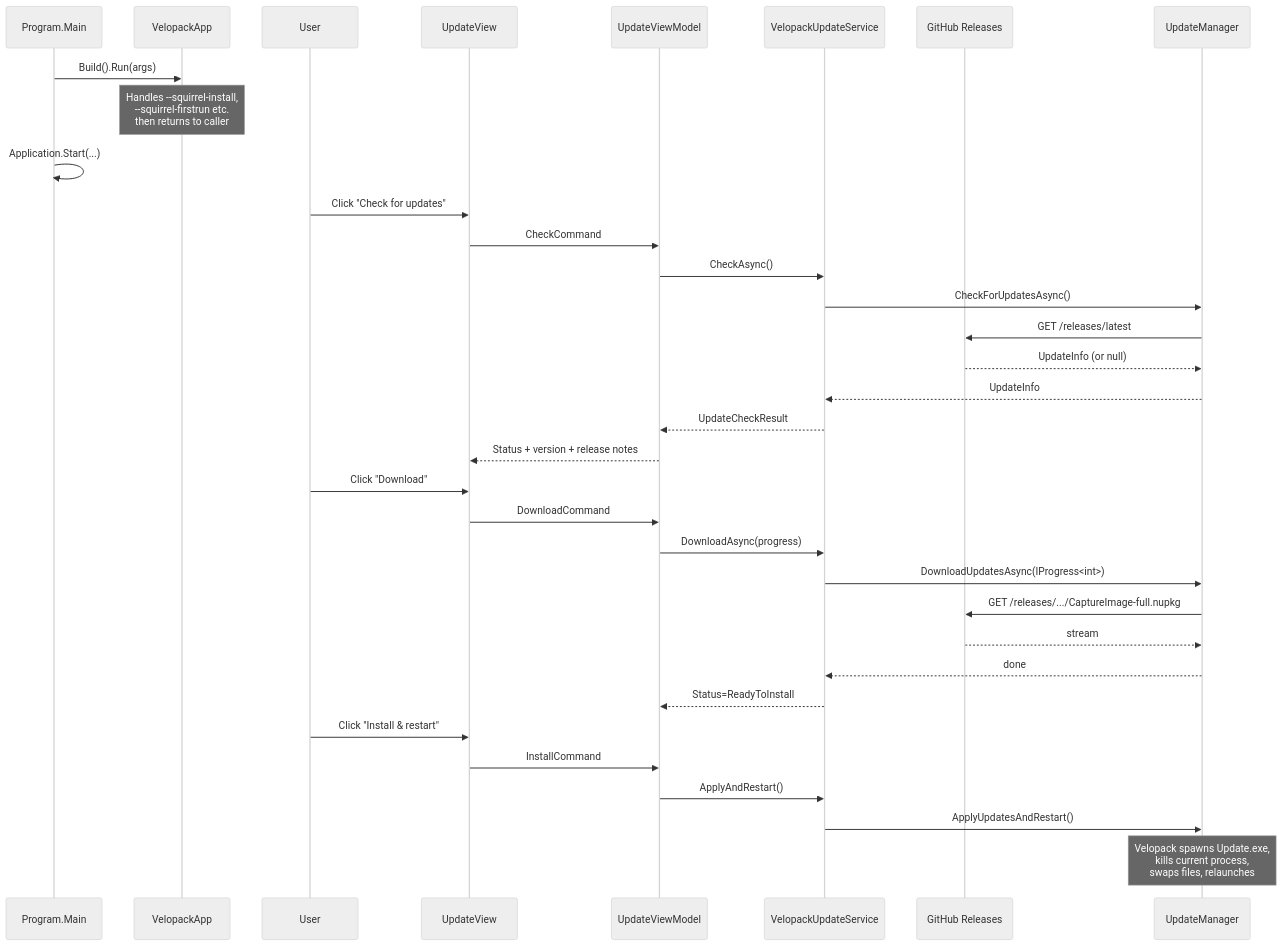
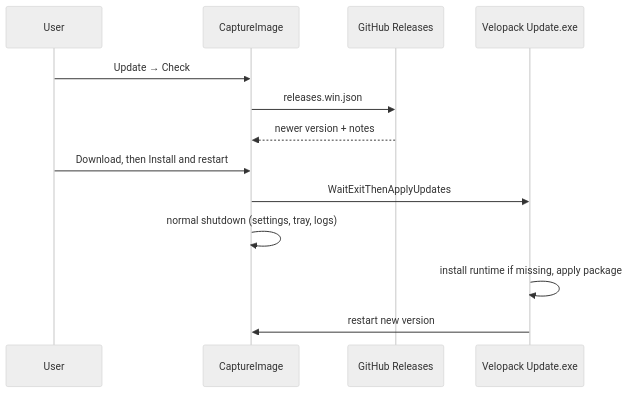
The fourth of 4 diagrams in docs/ARCHITECTURE.md (poli0981/captureimg), drawn with Mermaid (neutral theme) before and after one commit. The commit also changed other lines of this file and 382 other files, not shown here.

First line of the commit message:
feat!: CaptureImage 2.0 — WPF UI, per-mode hotkeys, multi-monitor, HDR, library, game profiles (#22)

````diff
--- a/docs/ARCHITECTURE.md
+++ b/docs/ARCHITECTURE.md
@@ -293,40 +171,15 @@
 ```mermaid
 sequenceDiagram
-  participant Main as Program.Main
-  participant Velo as VelopackApp
-  participant User
-  participant UI as UpdateView
-  participant VM as UpdateViewModel
-  participant Svc as VelopackUpdateService
-  participant GH as GitHub Releases
-  participant Mgr as UpdateManager
-
-  Main->>Velo: Build().Run(args)
-  Note over Velo: Handles --squirrel-install,<br/>--squirrel-firstrun etc.<br/>then returns to caller
-  Main->>Main: Application.Start(...)
-
-  User->>UI: Click "Check for updates"
-  UI->>VM: CheckCommand
-  VM->>Svc: CheckAsync()
-  Svc->>Mgr: CheckForUpdatesAsync()
-  Mgr->>GH: GET /releases/latest
-  GH-->>Mgr: UpdateInfo (or null)
-  Mgr-->>Svc: UpdateInfo
-  Svc-->>VM: UpdateCheckResult
-  VM-->>UI: Status + version + release notes
-
-  User->>UI: Click "Download"
-  UI->>VM: DownloadCommand
-  VM->>Svc: DownloadAsync(progress)
-  Svc->>Mgr: DownloadUpdatesAsync(IProgress<int>)
-  Mgr->>GH: GET /releases/.../CaptureImage-full.nupkg
-  GH-->>Mgr: stream
-  Mgr-->>Svc: done
-  Svc-->>VM: Status=ReadyToInstall
-
-  User->>UI: Click "Install & restart"
-  UI->>VM: InstallCommand
-  VM->>Svc: ApplyAndRestart()
-  Svc->>Mgr: ApplyUpdatesAndRestart()
-  Note over Mgr: Velopack spawns Update.exe,<br/>kills current process,<br/>swaps files, relaunches
+    participant User
+    participant App as CaptureImage
+    participant GH as GitHub Releases
+    participant Up as Velopack Update.exe
+    User->>App: Update → Check
+    App->>GH: releases.win.json
+    GH-->>App: newer version + notes
+    User->>App: Download, then Install and restart
+    App->>Up: WaitExitThenApplyUpdates
+    App->>App: normal shutdown (settings, tray, logs)
+    Up->>Up: install runtime if missing, apply package
+    Up->>App: restart new version
 ```
````
